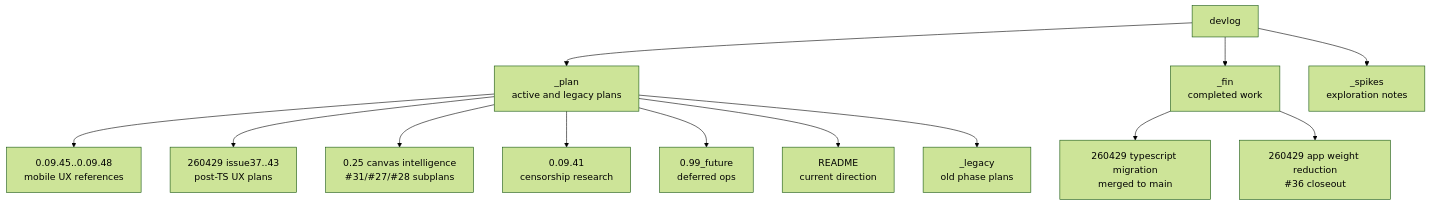
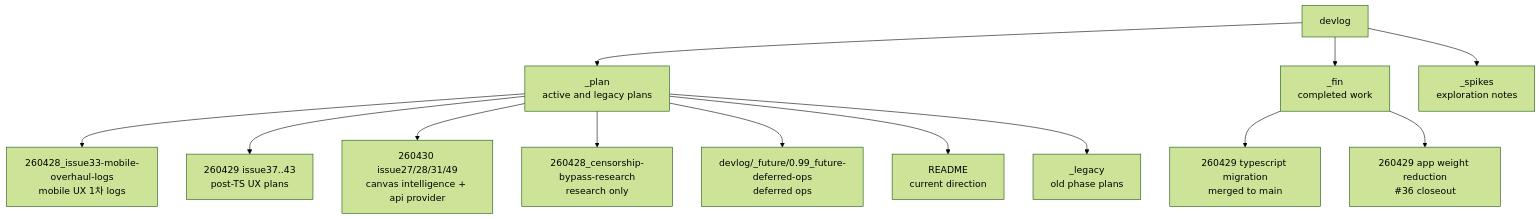
Before and after one commit to ChatPoongKun/ima2-gen: the diagram in structure/07-devlog-map.md, drawn with Mermaid (forest theme). The commit also changed other lines of this file and 9 other files, not shown here.

````diff
--- a/structure/07-devlog-map.md
+++ b/structure/07-devlog-map.md
@@ -19,15 +19,15 @@
 ```mermaid
 graph TD
     DEV["devlog"] --> PLAN["_plan<br/>active and legacy plans"]
     DEV --> FIN["_fin<br/>completed work"]
     DEV --> SPIKES["_spikes<br/>exploration notes"]
-    PLAN --> MOBILE["0.09.45..0.09.48<br/>mobile UX references"]
+    PLAN --> MOBILE["260428_issue33-mobile-overhaul-logs<br/>mobile UX 1차 logs"]
     PLAN --> UX["260429 issue37..43<br/>post-TS UX plans"]
-    PLAN --> INTEL["0.25 canvas intelligence<br/>#31/#27/#28 subplans"]
-    PLAN --> RESEARCH["0.09.41<br/>censorship research"]
-    PLAN --> FUTURE["0.99_future<br/>deferred ops"]
+    PLAN --> INTEL["260430 issue27/28/31/49<br/>canvas intelligence + api provider"]
+    PLAN --> RESEARCH["260428_censorship-bypass-research<br/>research only"]
+    PLAN --> FUTURE["devlog/_future/0.99_future-deferred-ops<br/>deferred ops"]
     PLAN --> ROAD["README<br/>current direction"]
     PLAN --> LEGACY["_legacy<br/>old phase plans"]
     FIN --> TS_DONE["260429 typescript migration<br/>merged to main"]
     FIN --> PERF_DONE["260429 app weight reduction<br/>#36 closeout"]
 ```
````
